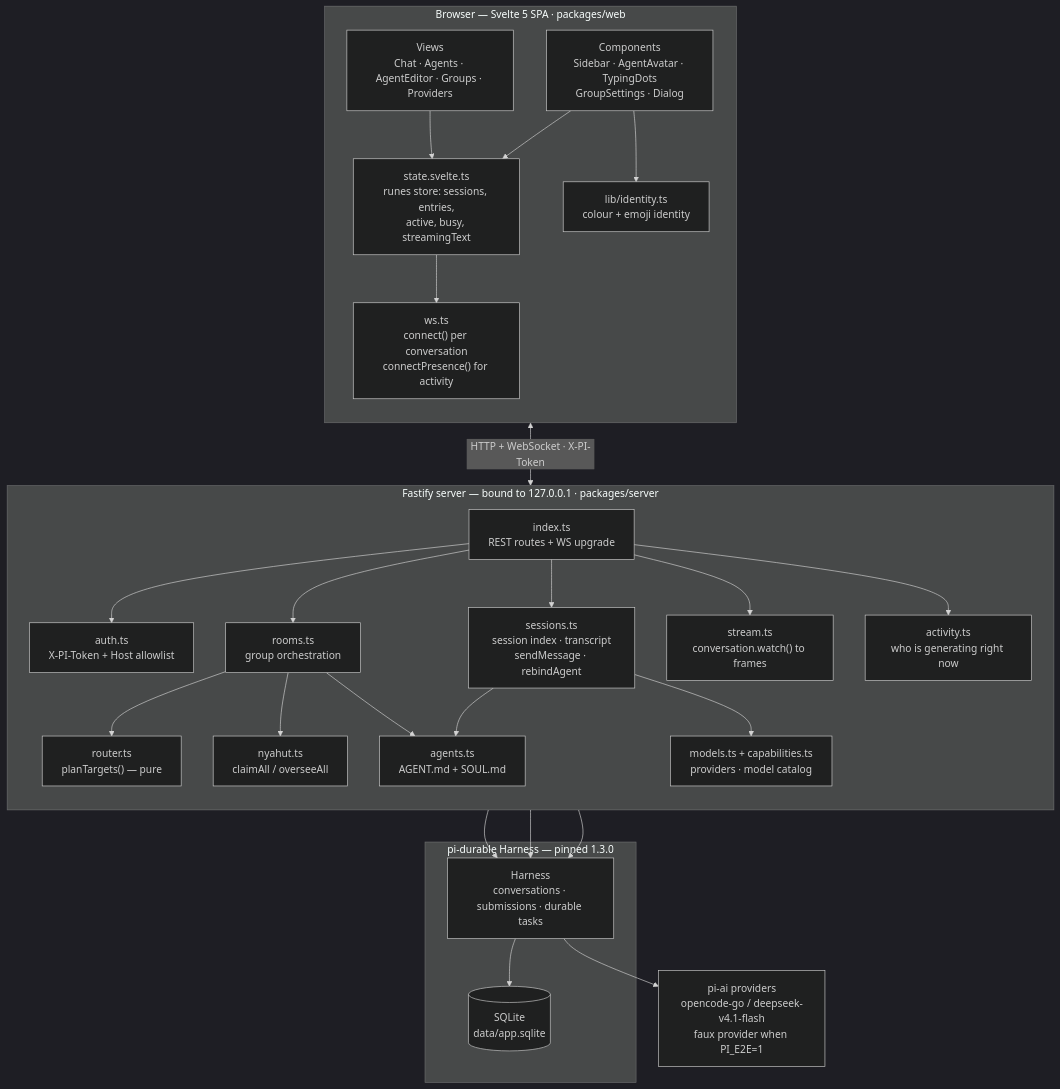
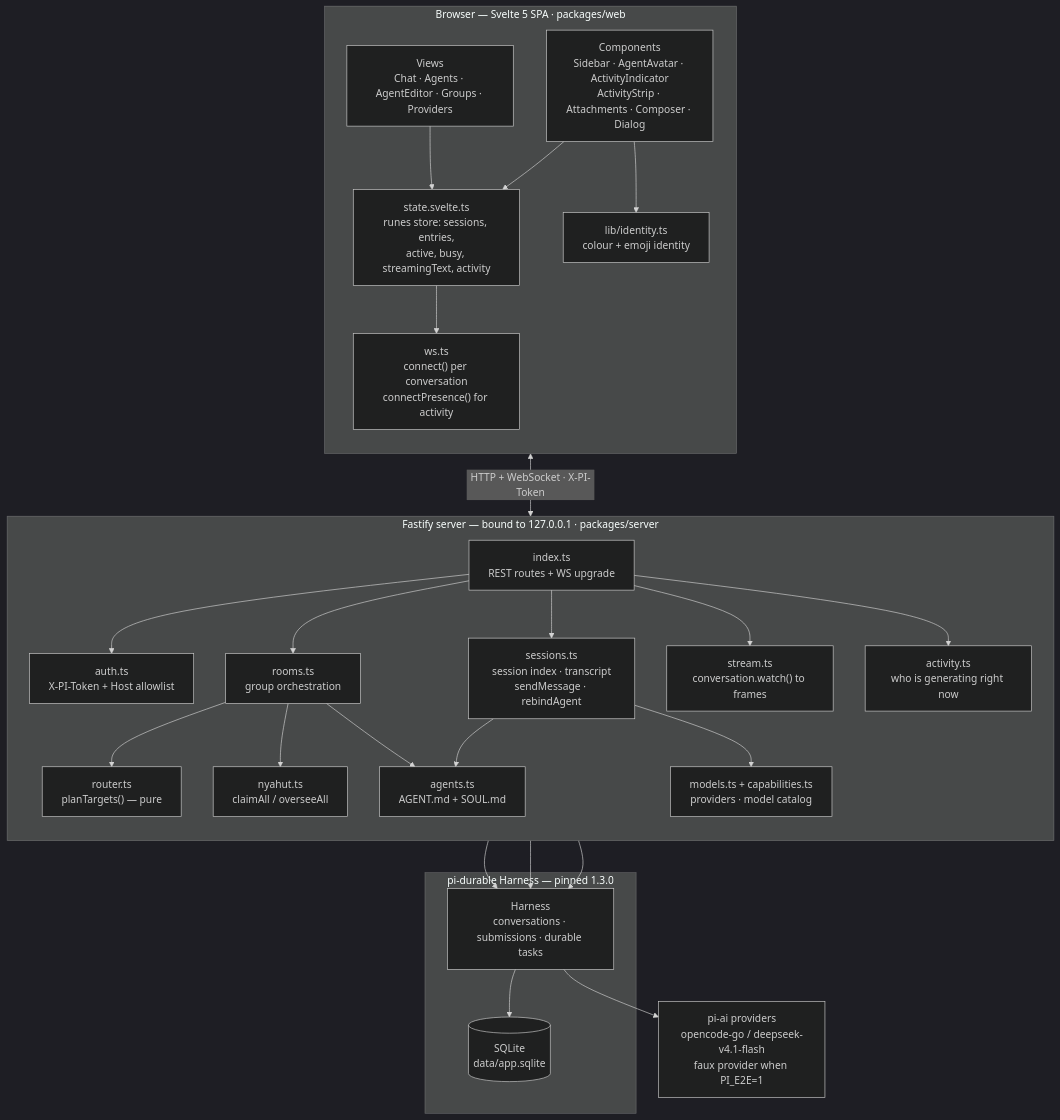
One commit to mariobgsp/durable-agents changed the first of 4 diagrams in README.md. Above: the diagram before and after it, drawn with Mermaid (dark theme). The commit also changed other lines of this file and 34 other files, not shown here.

First line of the commit message:
feat: attachments in the composer and an honest activity indicator

````diff
--- a/README.md
+++ b/README.md
@@ -58,53 +60,53 @@
 ```mermaid
 flowchart TB
   subgraph browser["Browser — Svelte 5 SPA · packages/web"]
     direction TB
     views["Views<br/>Chat · Agents · AgentEditor · Groups · Providers"]
-    comps["Components<br/>Sidebar · AgentAvatar · TypingDots<br/>GroupSettings · Dialog"]
-    store["state.svelte.ts<br/>runes store: sessions, entries,<br/>active, busy, streamingText"]
+    comps["Components<br/>Sidebar · AgentAvatar · ActivityIndicator<br/>ActivityStrip · Attachments · Composer · Dialog"]
+    store["state.svelte.ts<br/>runes store: sessions, entries,<br/>active, busy, streamingText, activity"]
     ident["lib/identity.ts<br/>colour + emoji identity"]
     wsc["ws.ts<br/>connect() per conversation<br/>connectPresence() for activity"]
     views --> store
     comps --> store
     comps --> ident
     store --> wsc
   end
 
   subgraph server["Fastify server — bound to 127.0.0.1 · packages/server"]
     direction TB
     auth["auth.ts<br/>X-PI-Token + Host allowlist"]
     api["index.ts<br/>REST routes + WS upgrade"]
     sess["sessions.ts<br/>session index · transcript<br/>sendMessage · rebindAgent"]
     rooms["rooms.ts<br/>group orchestration"]
     router["router.ts<br/>planTargets() — pure"]
     nyahut["nyahut.ts<br/>claimAll / overseeAll"]
     activity["activity.ts<br/>who is generating right now"]
     stream["stream.ts<br/>conversation.watch() to frames"]
     agents["agents.ts<br/>AGENT.md + SOUL.md"]
     models["models.ts + capabilities.ts<br/>providers · model catalog"]
     api --> auth
     api --> sess
     api --> rooms
     api --> stream
     api --> activity
     rooms --> router
     rooms --> nyahut
     rooms --> agents
     sess --> agents
     sess --> models
   end
 
   subgraph durable["pi-durable Harness — pinned 1.3.0"]
     harness["Harness<br/>conversations · submissions · durable tasks"]
     db[("SQLite<br/>data/app.sqlite")]
     harness --> db
   end
 
   llm["pi-ai providers<br/>opencode-go / deepseek-v4.1-flash<br/>faux provider when PI_E2E=1"]
 
   wsc <-->|"HTTP + WebSocket · X-PI-Token"| api
   sess --> harness
   rooms --> harness
   stream --> harness
   harness --> llm
 ```
````
